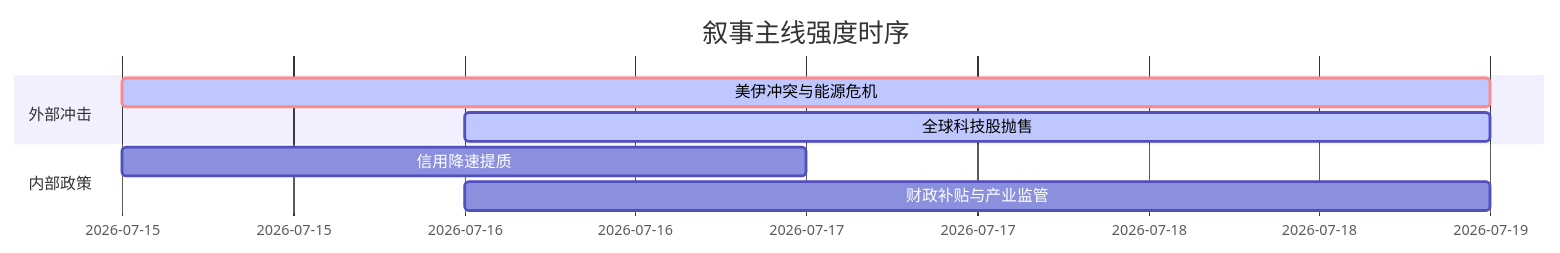
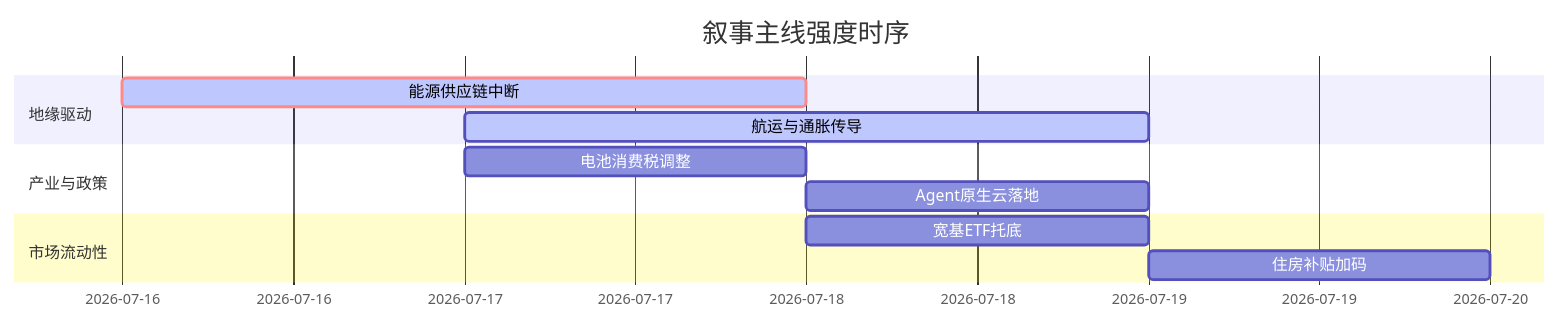
The diagram in 5day_report.md (uu5zn/uu5zn.github.io), drawn with Mermaid before and after one commit. The commit also changed other lines of this file and 3 other files, not shown here.

````diff
--- a/5day_report.md
+++ b/5day_report.md
@@ -55,12 +56,16 @@
 ```mermaid
 gantt
     title 叙事主线强度时序
     dateFormat  YYYY-MM-DD
-    section 外部冲击
-    美伊冲突与能源危机   :crit, active, 2026-07-15, 4d
-    全球科技股抛售       :active, 2026-07-16, 3d
+    section 地缘驱动
+    能源供应链中断   :crit, active, 2026-07-16, 2d
+    航运与通胀传导   :active, 2026-07-17, 2d
     
-    section 内部政策
-    信用降速提质         :2026-07-15, 2d
-    财政补贴与产业监管   :2026-07-16, 3d
+    section 产业与政策
+    电池消费税调整   :2026-07-17, 1d
+    Agent原生云落地  :2026-07-18, 1d
+    
+    section 市场流动性
+    宽基ETF托底      :2026-07-18, 1d
+    住房补贴加码     :2026-07-19, 1d
 ```
````
